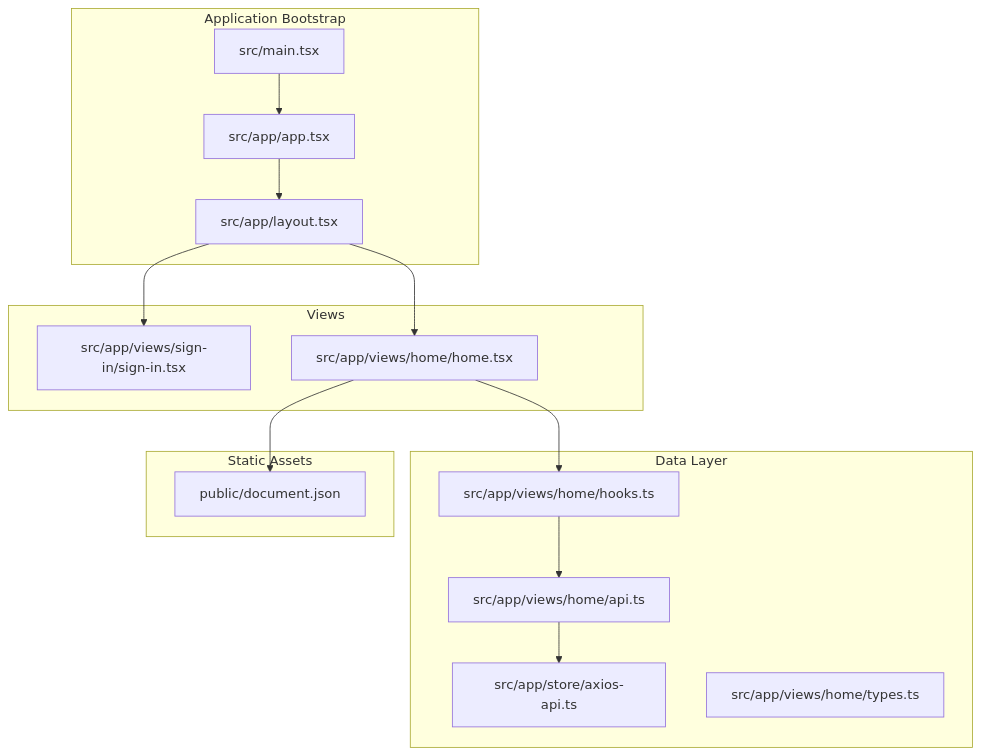
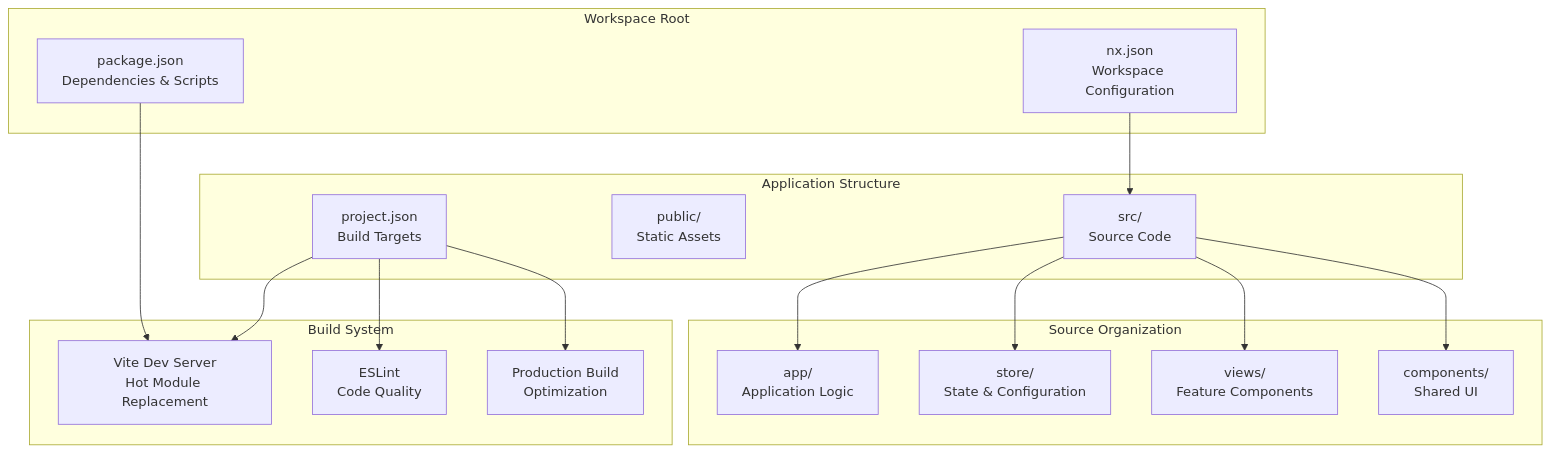
Before and after one commit to effinrich/rh-nx-monorepo: the first of 3 diagrams in .qoder/repowiki/en/content/Frontend Applications/Parser Playground.md, drawn with Mermaid. The commit also changed other lines of this file and 130 other files, not shown here.

First line of the commit message:
feat: update package dependencies and improve Storybook integration

````diff
--- a/.qoder/repowiki/en/content/Frontend Applications/Parser Playground.md
+++ b/.qoder/repowiki/en/content/Frontend Applications/Parser Playground.md
@@ -42,29 +55,32 @@
 ```mermaid
 graph TB
-subgraph "Application Bootstrap"
-M["src/main.tsx"]
-A["src/app/app.tsx"]
-L["src/app/layout.tsx"]
+subgraph "Workspace Root"
+NX["nx.json<br/>Workspace Configuration"]
+PKG["package.json<br/>Dependencies & Scripts"]
 end
-subgraph "Views"
-SI["src/app/views/sign-in/sign-in.tsx"]
-H["src/app/views/home/home.tsx"]
+subgraph "Application Structure"
+SRC["src/<br/>Source Code"]
+PUB["public/<br/>Static Assets"]
+CFG["project.json<br/>Build Targets"]
 end
-subgraph "Data Layer"
-AX["src/app/store/axios-api.ts"]
-HK["src/app/views/home/hooks.ts"]
-AP["src/app/views/home/api.ts"]
-T["src/app/views/home/types.ts"]
+subgraph "Source Organization"
+APP["app/<br/>Application Logic"]
+STORE["store/<br/>State & Configuration"]
+VIEWS["views/<br/>Feature Components"]
+COMPONENTS["components/<br/>Shared UI"]
 end
-subgraph "Static Assets"
-D["public/document.json"]
+subgraph "Build System"
+VITE["Vite Dev Server<br/>Hot Module Replacement"]
+ESLINT["ESLint<br/>Code Quality"]
+PROD["Production Build<br/>Optimization"]
 end
-M --> A
-A --> L
-L --> SI
-L --> H
-H --> HK
-HK --> AP
-AP --> AX
-H --> D
+NX --> SRC
+PKG --> VITE
+SRC --> APP
+SRC --> STORE
+SRC --> VIEWS
+SRC --> COMPONENTS
+CFG --> VITE
+CFG --> ESLINT
+CFG --> PROD
 ```
````
